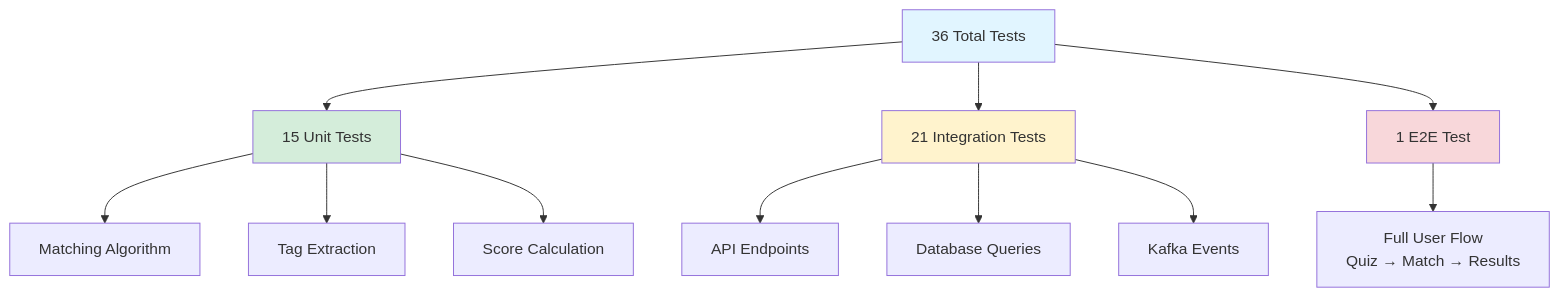
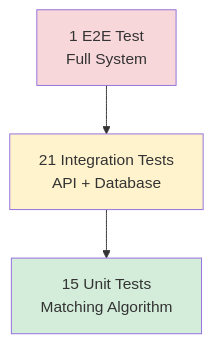
The eighth of 9 diagrams in README.md (Vihaan8/final_project), drawn with Mermaid before and after one commit. The commit also changed other lines of this file, not shown here.

First line of the commit message:
Complete README rewrite: Comprehensive data architecture documentation

````diff
--- a/README.md
+++ b/README.md
@@ -955,21 +1133,9 @@
 ```mermaid
 graph TD
-    A[36 Total Tests] --> B[15 Unit Tests]
-    A --> C[21 Integration Tests]
-    A --> D[1 E2E Test]
+    A[1 E2E Test<br/>Full System] --> B[21 Integration Tests<br/>API + Database]
+    B --> C[15 Unit Tests<br/>Matching Algorithm]
     
-    B --> B1[Matching Algorithm]
-    B --> B2[Tag Extraction]
-    B --> B3[Score Calculation]
-    
-    C --> C1[API Endpoints]
-    C --> C2[Database Queries]
-    C --> C3[Kafka Events]
-    
-    D --> D1[Full User Flow<br/>Quiz → Match → Results]
-    
-    style A fill:#e1f5ff
-    style B fill:#d4edda
-    style C fill:#fff3cd
-    style D fill:#f8d7da
+    style A fill:#f8d7da
+    style B fill:#fff3cd
+    style C fill:#d4edda
 ```
````
